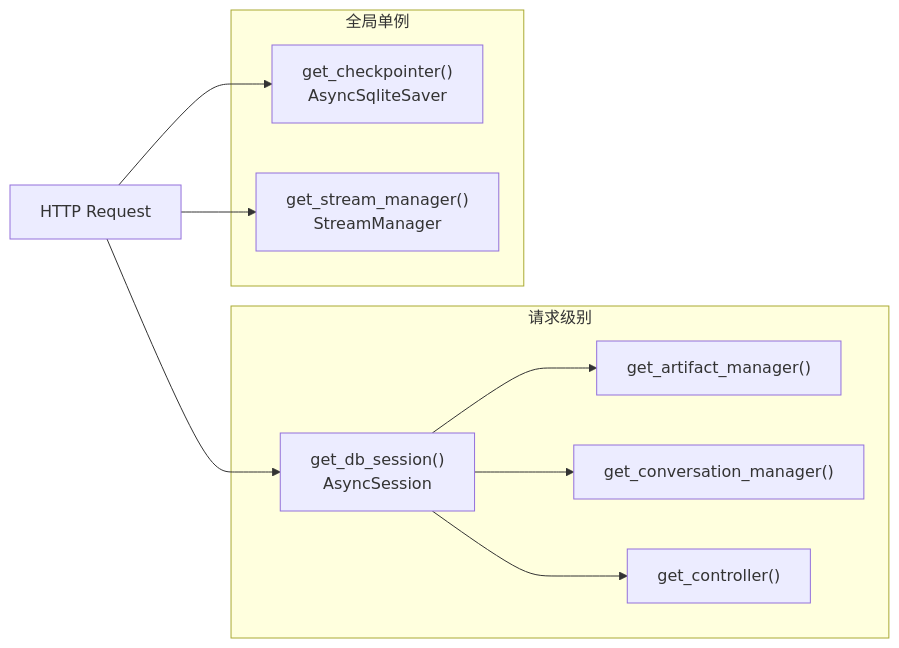
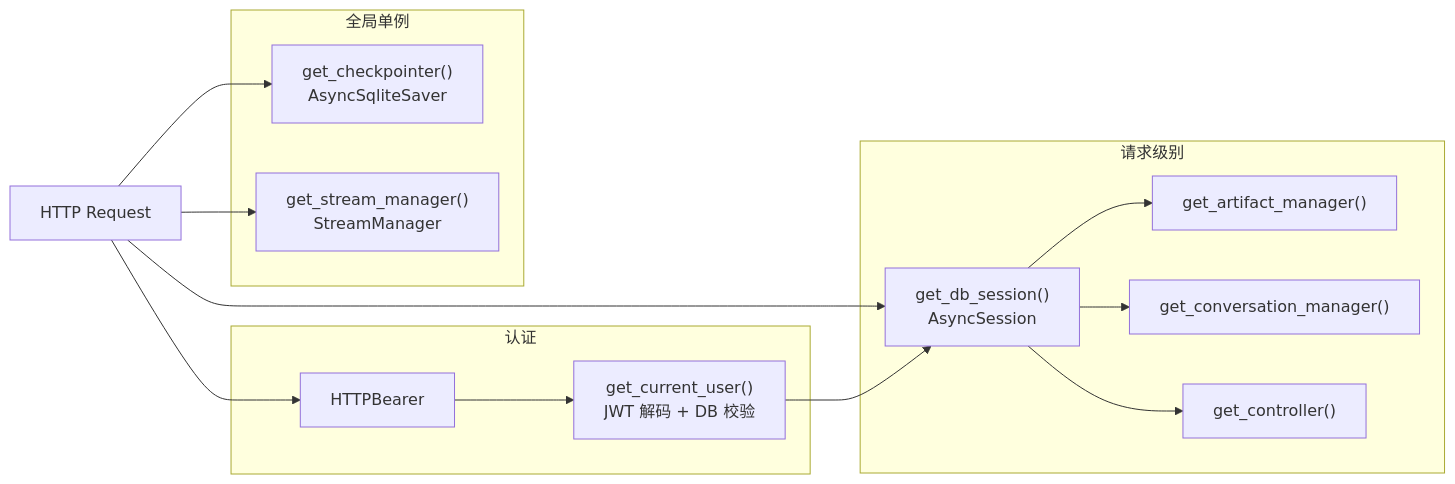
One commit to Neutrino1998/artifact-flow changed the second of 6 diagrams in docs/request-lifecycle.md. Above: the diagram before and after it, drawn with Mermaid. The commit also changed other lines of this file and 10 other files, not shown here.

````diff
--- a/docs/request-lifecycle.md
+++ b/docs/request-lifecycle.md
@@ -63,21 +65,28 @@
 ```mermaid
 flowchart LR
+    subgraph Auth["认证"]
+        Bearer["HTTPBearer"]
+        CU["get_current_user()<br/>JWT 解码 + DB 校验"]
+    end
+
     subgraph Request["请求级别"]
         Session["get_db_session()<br/>AsyncSession"]
         AM["get_artifact_manager()"]
         CM["get_conversation_manager()"]
         Ctrl["get_controller()"]
     end
 
     subgraph Global["全局单例"]
         CP["get_checkpointer()<br/>AsyncSqliteSaver"]
         SM["get_stream_manager()<br/>StreamManager"]
     end
 
-    HTTP["HTTP Request"] --> Session
+    HTTP["HTTP Request"] --> Bearer --> CU
+    HTTP --> Session
+    CU --> Session
     Session --> AM
     Session --> CM
     Session --> Ctrl
     HTTP --> CP
     HTTP --> SM
 ```
````
